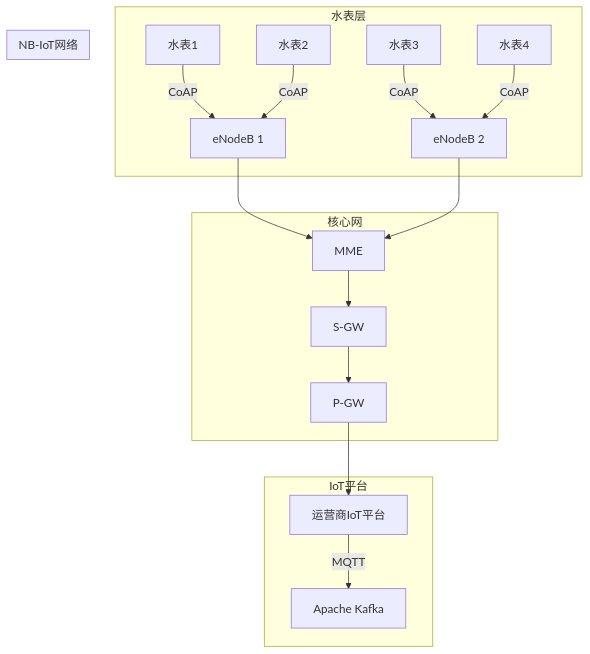
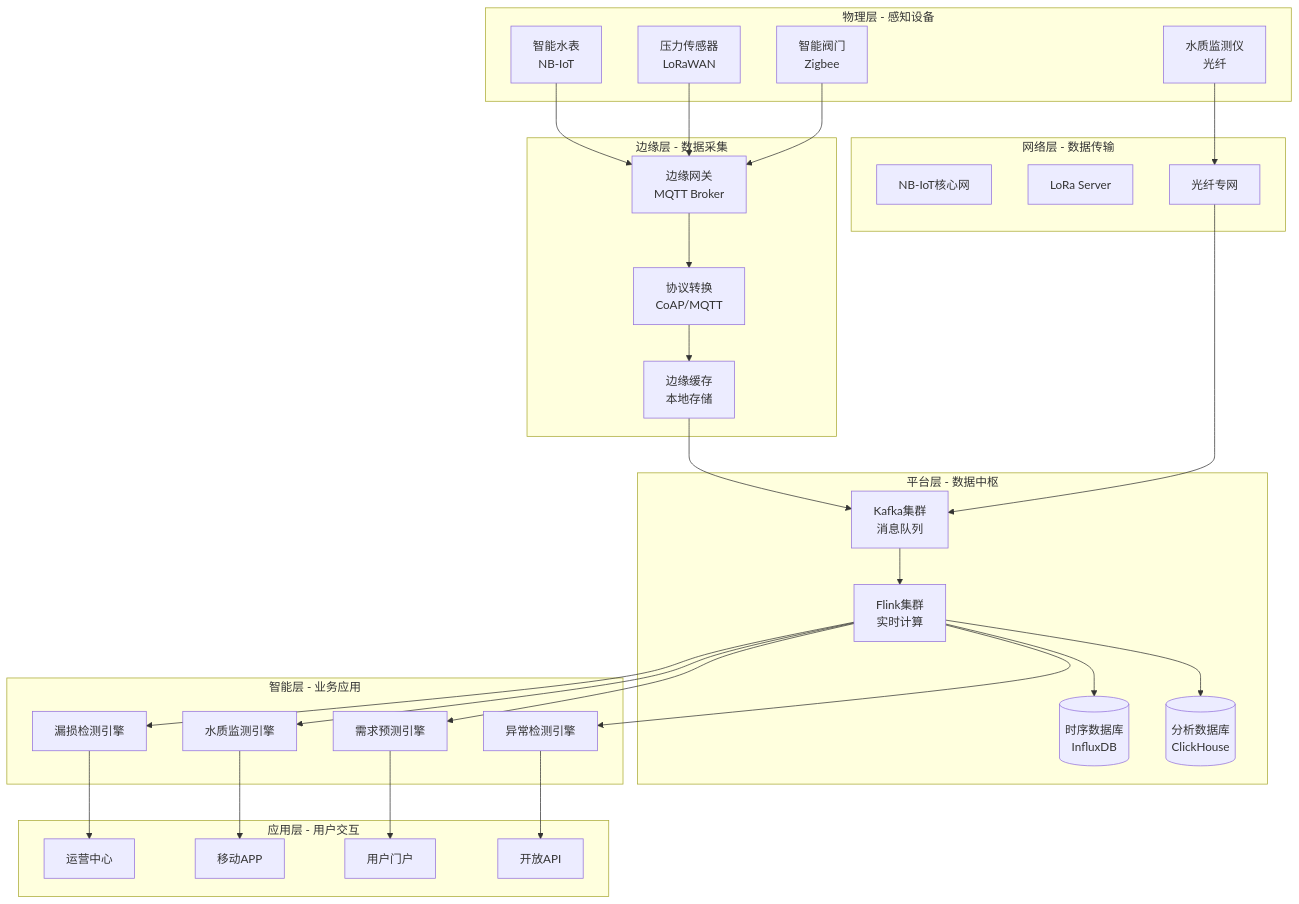
The third of 6 diagrams in Flink-IoT-Authority-Alignment/Phase-13-Water-Management/case-smart-water-complete.md (AdaMartin18010/AnalysisDataFlow), drawn with Mermaid before and after one commit. The commit also changed other lines of this file and 8 other files, not shown here.

````diff
--- a/Flink-IoT-Authority-Alignment/Phase-13-Water-Management/case-smart-water-complete.md
+++ b/Flink-IoT-Authority-Alignment/Phase-13-Water-Management/case-smart-water-complete.md
@@ -213,32 +2380,67 @@
 ```mermaid
 graph TB
-    subgraph MeterLayer["水表层"]
-        M1[水表1] --> |CoAP| NB1
-        M2[水表2] --> |CoAP| NB1
-        M3[水表3] --> |CoAP| NB2
-        M4[水表4] --> |CoAP| NB2
+    subgraph Physical["物理层 - 感知设备"]
+        M1[智能水表<br/>NB-IoT]
+        P1[压力传感器<br/>LoRaWAN]
+        Q1[水质监测仪<br/>光纤]
+        V1[智能阀门<br/>Zigbee]
     end
-
-    subgraph NBLayer["NB-IoT网络"]
-        NB1[eNodeB 1]
-        NB2[eNodeB 2]
+    
+    subgraph Edge["边缘层 - 数据采集"]
+        G1[边缘网关<br/>MQTT Broker]
+        P[协议转换<br/>CoAP/MQTT]
+        C[边缘缓存<br/>本地存储]
     end
-
-    subgraph Core["核心网"]
-        MME[MME]
-        SGW[S-GW]
-        PGW[P-GW]
+    
+    subgraph Network["网络层 - 数据传输"]
+        NB[NB-IoT核心网]
+        LORA[LoRa Server]
+        Fiber[光纤专网]
     end
-
-    subgraph IoTPlatform["IoT平台"]
-        IoT[运营商IoT平台]
-        Kafka[Apache Kafka]
+    
+    subgraph Platform["平台层 - 数据中枢"]
+        K[Kafka集群<br/>消息队列]
+        F[Flink集群<br/>实时计算]
+        DB[(时序数据库<br/>InfluxDB)]
+        OLAP[(分析数据库<br/>ClickHouse)]
     end
-
-    NB1 --> MME
-    NB2 --> MME
-    MME --> SGW
-    SGW --> PGW
-    PGW --> IoT
-    IoT --> |MQTT| Kafka
+    
+    subgraph Intelligence["智能层 - 业务应用"]
+        L[漏损检测引擎]
+        QL[水质监测引擎]
+        D[需求预测引擎]
+        A[异常检测引擎]
+    end
+    
+    subgraph Application["应用层 - 用户交互"]
+        OC[运营中心]
+        MA[移动APP]
+        UP[用户门户]
+        API[开放API]
+    end
+    
+    M1 --> G1
+    P1 --> G1
+    Q1 --> Fiber
+    V1 --> G1
+    
+    G1 --> P
+    P --> C
+    C --> K
+    
+    Fiber --> K
+    
+    K --> F
+    F --> DB
+    F --> OLAP
+    
+    F --> L
+    F --> QL
+    F --> D
+    F --> A
+    
+    L --> OC
+    QL --> MA
+    D --> UP
+    A --> API
 ```
````
